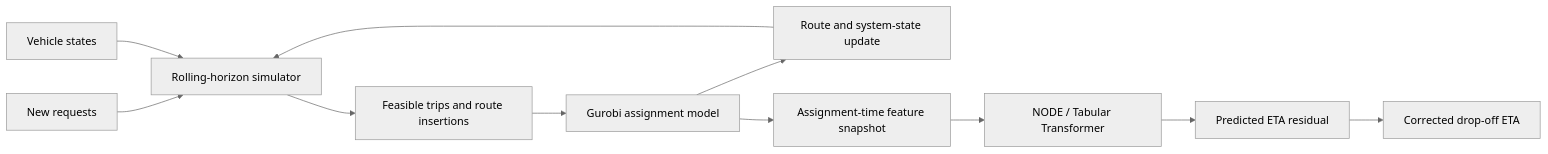
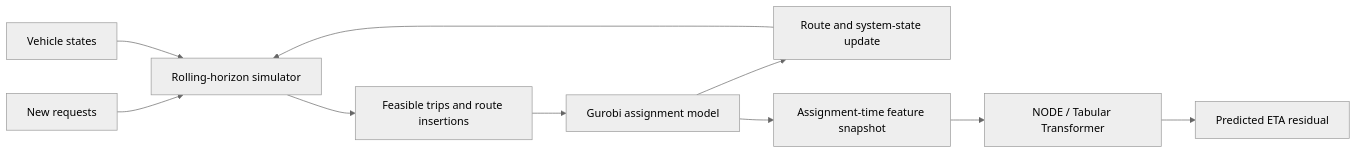
The diagram in README.md (9h9hzz/Dynamic-ridepooling-eta), drawn with Mermaid (neutral theme) before and after one commit.

````diff
--- a/README.md
+++ b/README.md
@@ -25,13 +25,12 @@
 ```mermaid
 flowchart LR
     A[New requests] --> B[Rolling-horizon simulator]
     V[Vehicle states] --> B
     B --> C[Feasible trips and route insertions]
     C --> D[Gurobi assignment model]
     D --> E[Route and system-state update]
     E --> B
     D --> F[Assignment-time feature snapshot]
     F --> G[NODE / Tabular Transformer]
     G --> H[Predicted ETA residual]
-    H --> I[Corrected drop-off ETA]
 ```
````
